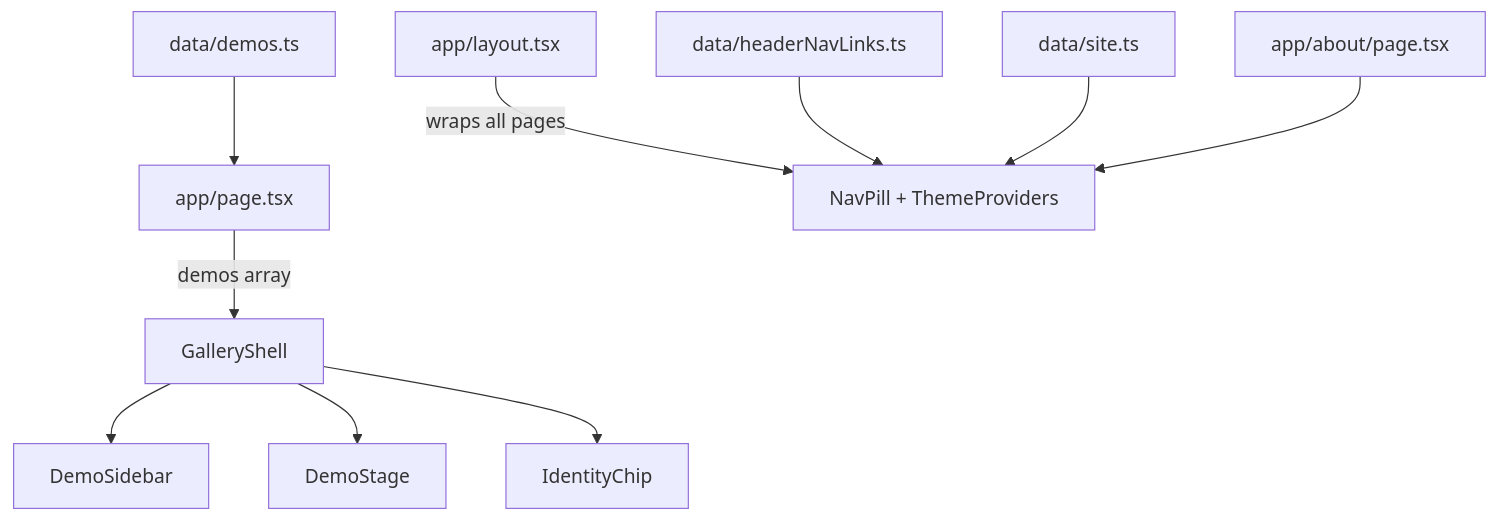
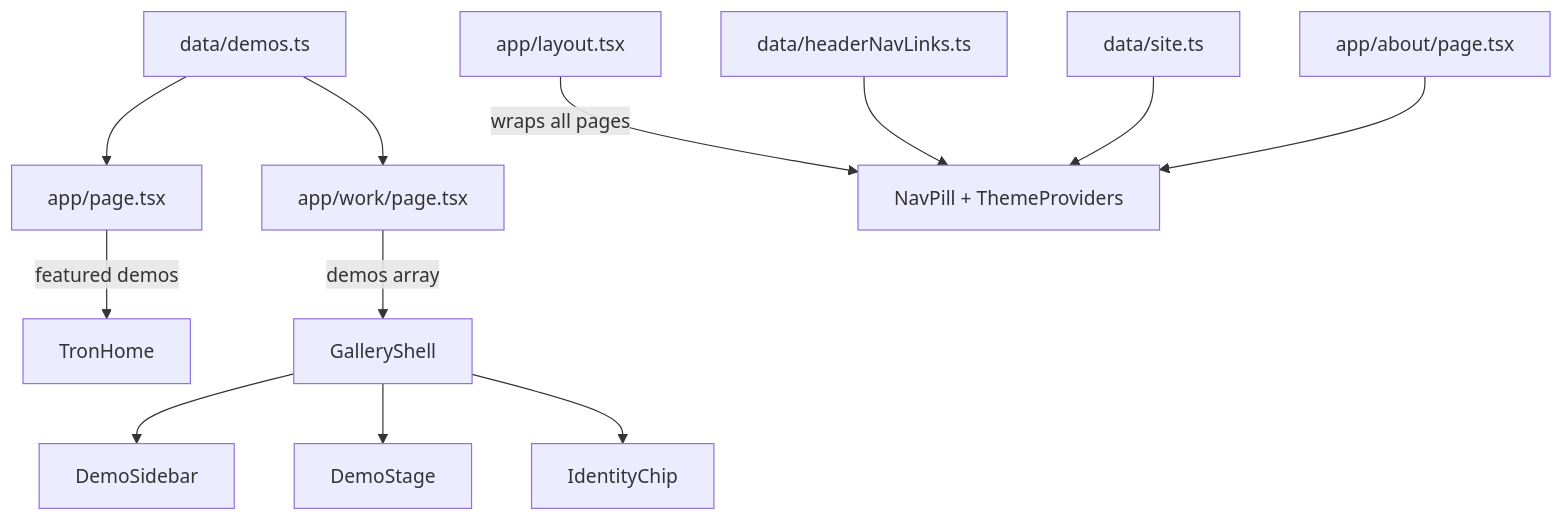
The diagram in docs/file-structure.md (noowxela/portfolio), drawn with Mermaid before and after one commit. The commit also changed other lines of this file and 42 other files, not shown here.

````diff
--- a/docs/file-structure.md
+++ b/docs/file-structure.md
@@ -27,12 +27,14 @@
 ```mermaid
 flowchart TD
-  A[app/page.tsx] -->|demos array| B[GalleryShell]
+  A[app/page.tsx] -->|featured demos| B[TronHome]
+  W[app/work/page.tsx] -->|demos array| Gallery[GalleryShell]
   C[app/layout.tsx] -->|wraps all pages| D[NavPill + ThemeProviders]
-  B --> E[DemoSidebar]
-  B --> F[DemoStage]
-  B --> G[IdentityChip]
+  Gallery --> E[DemoSidebar]
+  Gallery --> F[DemoStage]
+  Gallery --> Chip[IdentityChip]
   I[data/demos.ts] --> A
+  I --> W
   J[data/headerNavLinks.ts] --> D
   K[data/site.ts] --> D
   L[app/about/page.tsx] --> D
 ```
````
